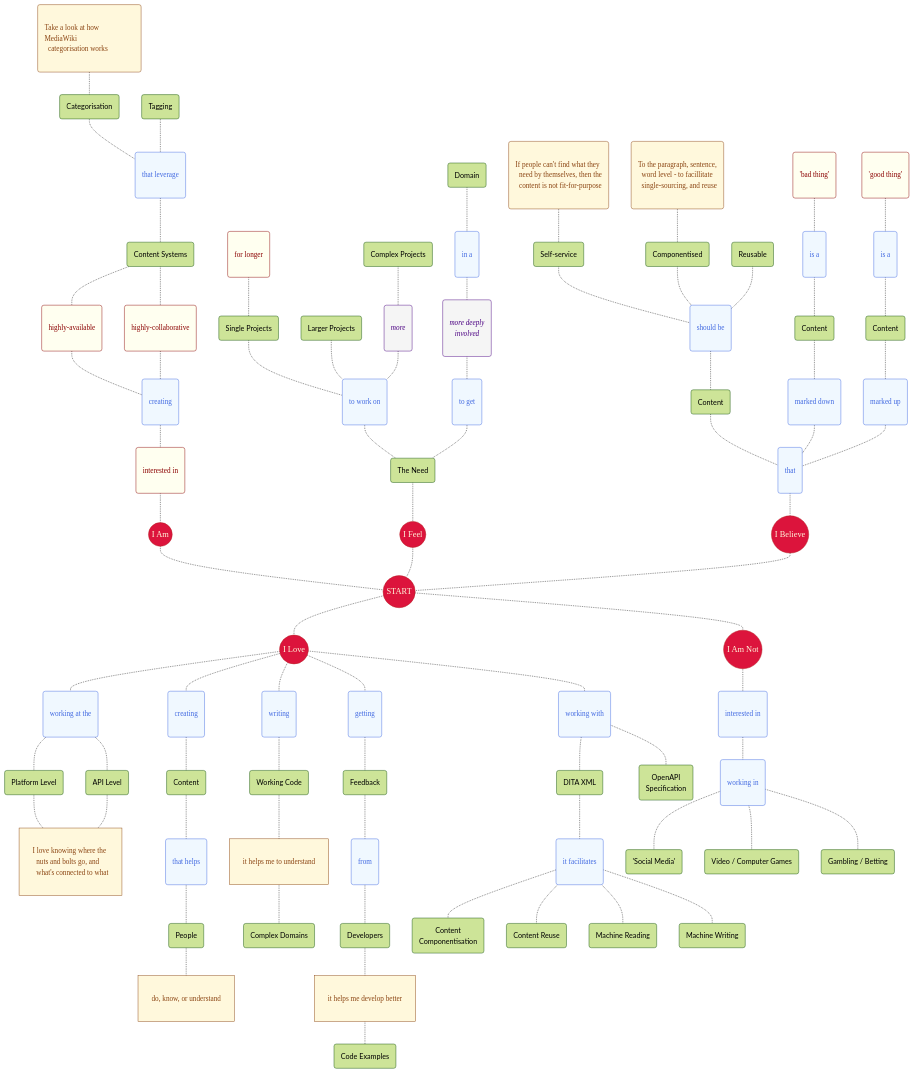
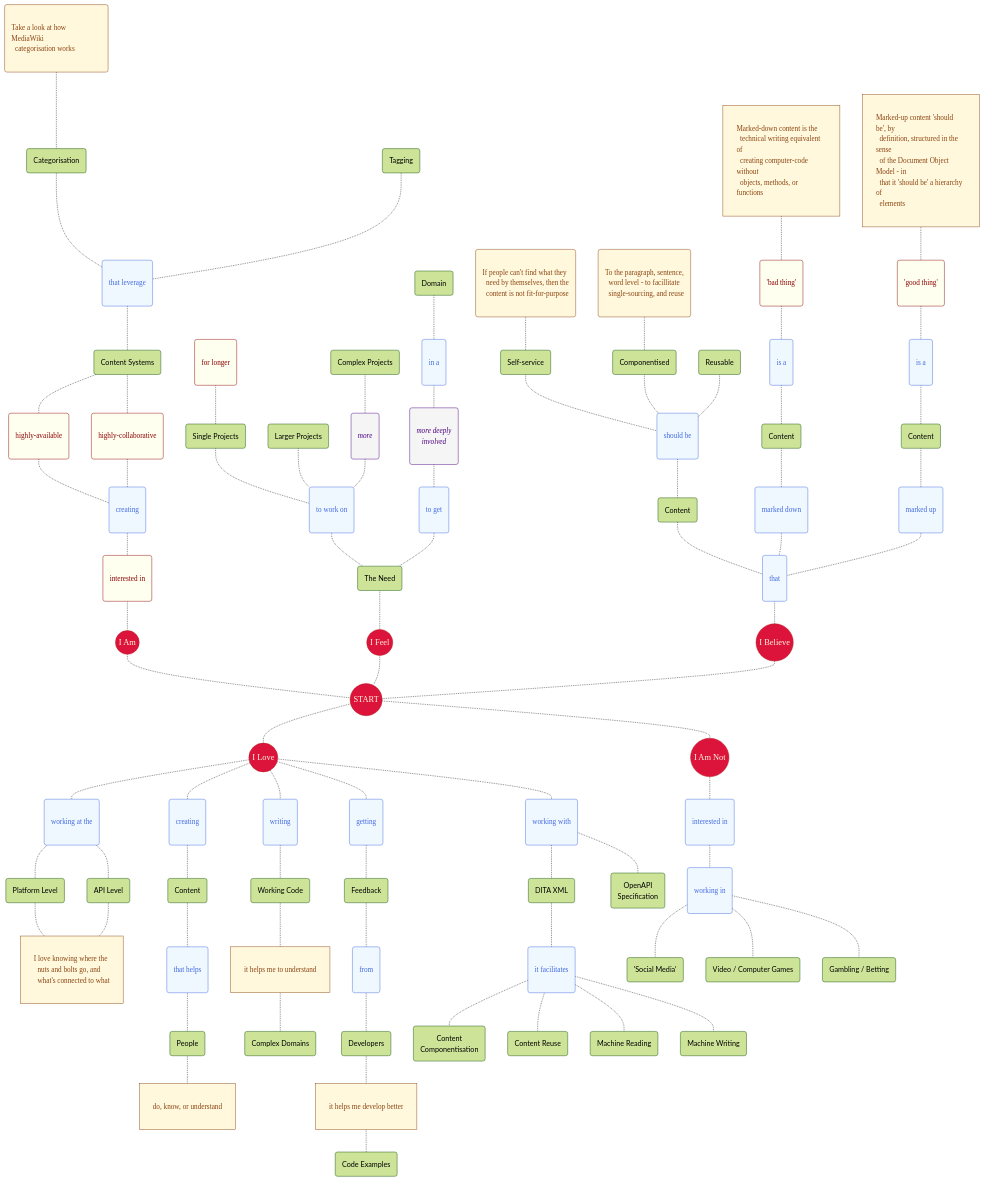
One commit to joe-dorward/samples changed the diagram in my_mermaid_mindmap.md. Above: the diagram before and after it, drawn with Mermaid.

```diff
--- a/my_mermaid_mindmap.md
+++ b/my_mermaid_mindmap.md
@@ -15,12 +15,23 @@
   SELF_SERVICE_NOTE("If people can't find what they<br/>&ensp;need by themselves, then the<br/>&ensp;content is not fit-for-purpose")
   CATEGORISATION_NOTE("Take a look at how MediaWiki&ensp;<br/>&ensp;categorisation works")
   COMPONENTISED_NOTE("To the paragraph, sentence,<br/>&ensp;word level - to facillitate<br/>&ensp;single-sourcing, and reuse")
+  PLATFORM_LEVEL_NOTE["I love knowing where the<br/>&ensp;nuts and bolts go, and<br/>&ensp;what's connected to what"]
+  MARKED_DOWN_CONTENT_NOTE["Marked-down content is the<br/>&ensp;technical writing equivalent of<br/>&ensp;creating computer-code without<br/>&ensp;objects, methods, or functions"]
+  MARKED_UP_CONTENT_NOTE["Marked-up content 'should be', by<br/>&ensp;definition, structured in the sense<br/>&ensp;of the Document Object Model - in<br/>&ensp;that it 'should be' a hierarchy of<br/>&ensp;elements"]
 
-  class SELF_SERVICE_NOTE,CATEGORISATION_NOTE,COMPONENTISED_NOTE Note;
+  class SELF_SERVICE_NOTE,CATEGORISATION_NOTE,COMPONENTISED_NOTE,PLATFORM_LEVEL_NOTE,MARKED_DOWN_CONTENT_NOTE,MARKED_UP_CONTENT_NOTE Note;
 
   SELF_SERVICE_NOTE-.-SELF_SERVICE
   CATEGORISATION_NOTE-.-CATEGORISATION
   COMPONENTISED_NOTE-.-COMPONENTISED
+
+
+  PLATFORM_LEVEL-.-PLATFORM_LEVEL_NOTE
+  API_LEVEL-.-PLATFORM_LEVEL_NOTE
+  %%MARKED_UP_CONTENT-.-MARKED_UP_CONTENT_NOTE
+
+  MARKED_DOWN_CONTENT_NOTE-.-BAD_THING
+  MARKED_UP_CONTENT_NOTE-.-GOOD_THING
   %% ========== ========== ========== ========== ==========
   I_AM(("I Am")):::Start
   I_AM-.-START
@@ -108,18 +119,18 @@
   %% ---------- ---------- ---------- ---------- ----------
   BAD_THING("'bad thing'")
   IS_A_1("is a")
-  CONTENT_2("Content")
+  MARKED_DOWN_CONTENT("Content")
   MARKED_DOWN("marked down")
 
   GOOD_THING("'good thing'")
   IS_A_2("is a")
-  CONTENT_3("Content")
+  MARKED_UP_CONTENT("Content")
   MARKED_UP("marked up")
 
   class GOOD_THING,BAD_THING Adjective;
 
-  BAD_THING-.-IS_A_1-.-CONTENT_2-.-MARKED_DOWN-.-THAT_1
-  GOOD_THING-.-IS_A_2-.-CONTENT_3-.-MARKED_UP-.-THAT_1
+  BAD_THING-.-IS_A_1-.-MARKED_DOWN_CONTENT-.-MARKED_DOWN-.-THAT_1
+  GOOD_THING-.-IS_A_2-.-MARKED_UP_CONTENT-.-MARKED_UP-.-THAT_1
 
   class MARKED_DOWN,IS_A_1,MARKED_UP,IS_A_2 Verb;
   %% ========== ========== ========== ========== ==========
@@ -130,14 +141,12 @@
   WORKING_AT_THE("working at the")
   PLATFORM_LEVEL("Platform Level")
   API_LEVEL("API Level")
-  LOVE_KNOWING_NUTS_AND_BOLTS["I love knowing where the<br/>&ensp;nuts and bolts go, and<br/>&ensp;what's connected to what"]
 
   class WORKING_AT_THE Verb;
-  class LOVE_KNOWING_NUTS_AND_BOLTS Note;
 
   I_LOVE-.-
-  WORKING_AT_THE-.-PLATFORM_LEVEL-.-LOVE_KNOWING_NUTS_AND_BOLTS
-  WORKING_AT_THE-.-API_LEVEL-.-LOVE_KNOWING_NUTS_AND_BOLTS
+  WORKING_AT_THE-.-PLATFORM_LEVEL
+  WORKING_AT_THE-.-API_LEVEL
   %% ---------- ---------- ---------- ---------- ----------
   CREATING("creating")
   CONTENT_4("Content")
```
